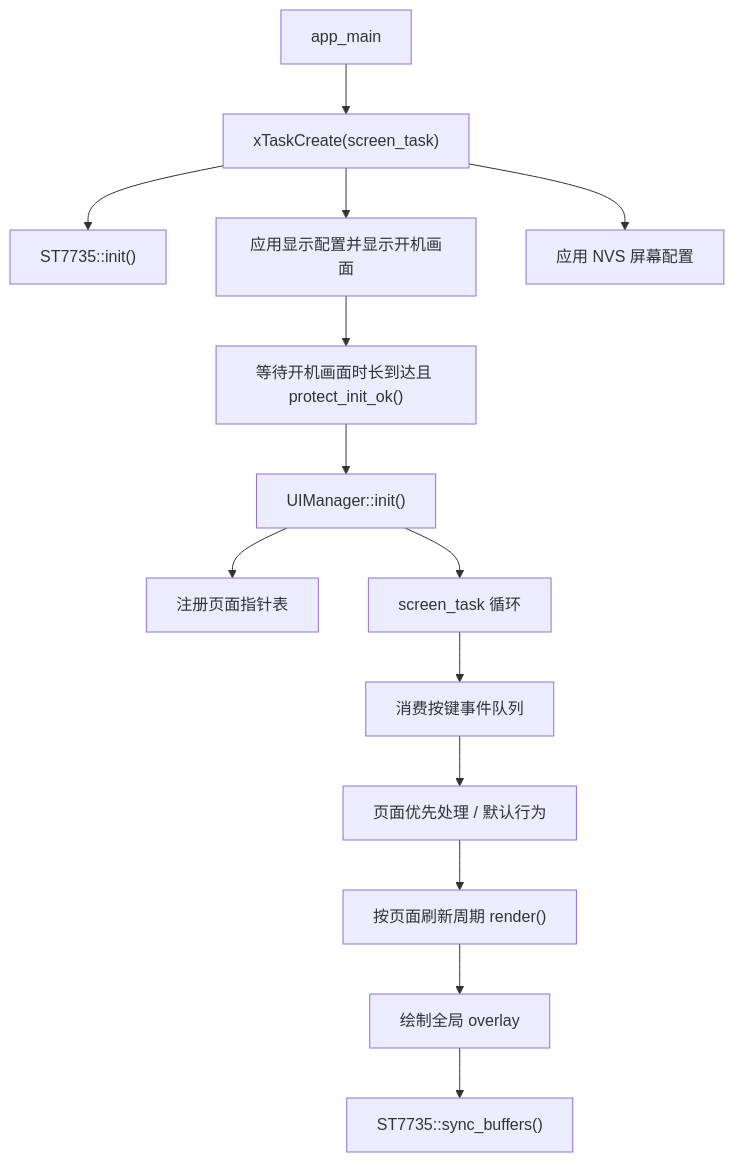
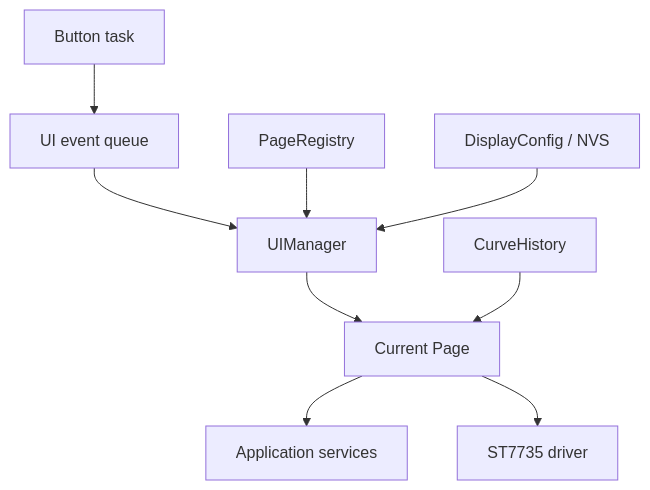
One commit to qingmeijiupiao/Wireless_power_meter_lite changed the diagram in components/app/screen/README.md. Above: the diagram before and after it, drawn with Mermaid. The commit also changed other lines of this file and 36 other files, not shown here.

````diff
--- a/components/app/screen/README.md
+++ b/components/app/screen/README.md
@@ -19,16 +7,11 @@
 ```mermaid
 flowchart TD
-    App["app_main"] --> Task["xTaskCreate(screen_task)"]
-    Task --> LCD["ST7735::init()"]
-    Task --> Logo["应用显示配置并显示开机画面"]
-    Logo --> Ready["等待开机画面时长到达且 protect_init_ok()"]
-    Ready --> UI["UIManager::init()"]
-    UI --> Pages["注册页面指针表"]
-    Task --> Config["应用 NVS 屏幕配置"]
-    UI --> Loop["screen_task 循环"]
-    Loop --> Events["消费按键事件队列"]
-    Events --> Dispatch["页面优先处理 / 默认行为"]
-    Dispatch --> Render["按页面刷新周期 render()"]
-    Render --> Overlay["绘制全局 overlay"]
-    Overlay --> Sync["ST7735::sync_buffers()"]
+    Button["Button task"] --> Queue["UI event queue"]
+    Queue --> Manager["UIManager"]
+    Registry["PageRegistry"] --> Manager
+    Manager --> Page["Current Page"]
+    Page --> Services["Application services"]
+    Page --> Driver["ST7735 driver"]
+    Config["DisplayConfig / NVS"] --> Manager
+    History["CurveHistory"] --> Page
 ```
````
